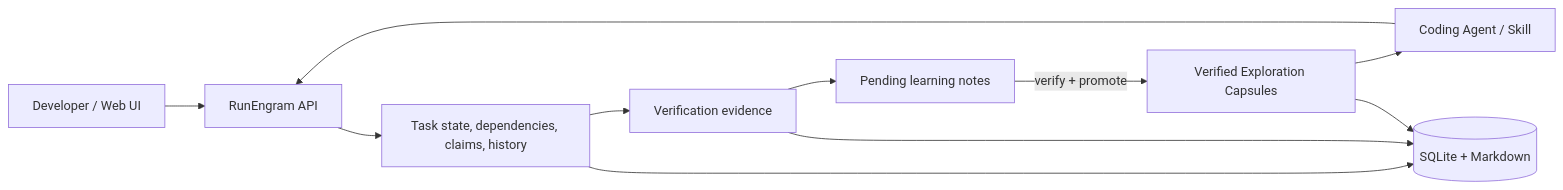
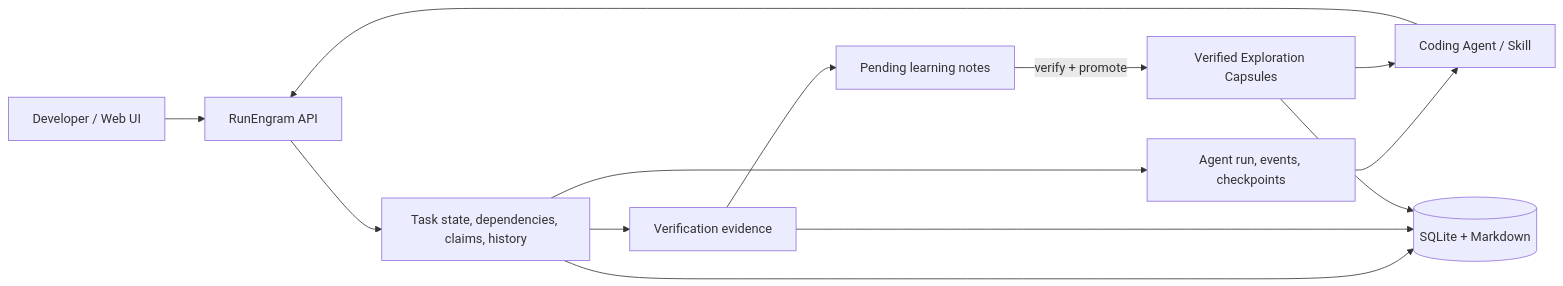
Before and after one commit to MoonTseng/RunEngram: the second of 2 diagrams in README.md, drawn with Mermaid. The commit also changed other lines of this file and 43 other files, not shown here.

````diff
--- a/README.md
+++ b/README.md
@@ -292,22 +332,25 @@
 ```mermaid
 flowchart LR
     Human["Developer / Web UI"]
     Agent["Coding Agent / Skill"]
     API["RunEngram API"]
     Task["Task state, dependencies, claims, history"]
+    Run["Agent run, events, checkpoints"]
     Evidence["Verification evidence"]
     Candidate["Pending learning notes"]
     Learning["Verified Exploration Capsules"]
     Store[("SQLite + Markdown")]
 
     Human --> API
     Agent --> API
     API --> Task
+    Task --> Run
+    Run --> Agent
     Task --> Evidence
     Evidence --> Candidate
     Candidate -->|"verify + promote"| Learning
     Learning --> Agent
     Task --> Store
     Evidence --> Store
     Learning --> Store
 ```
````
